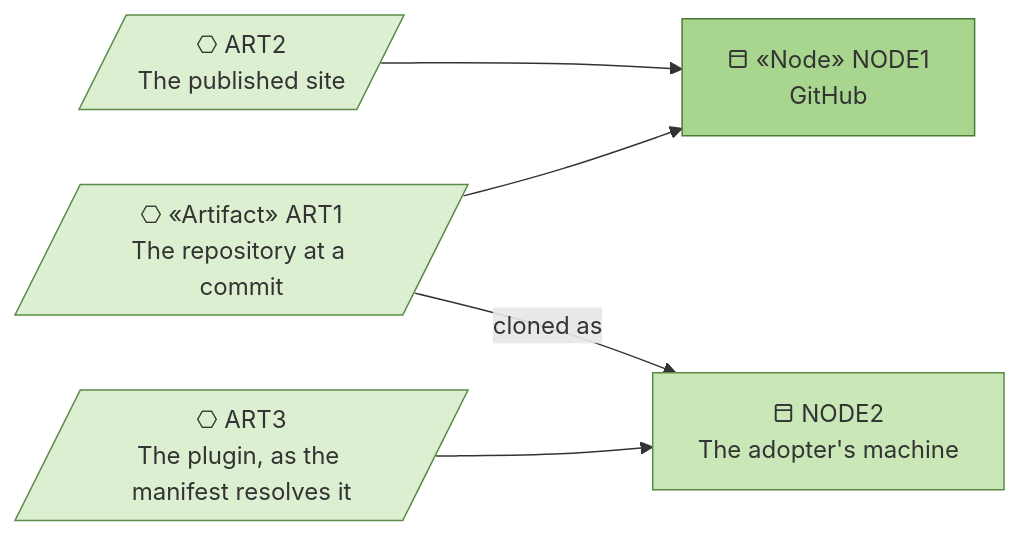
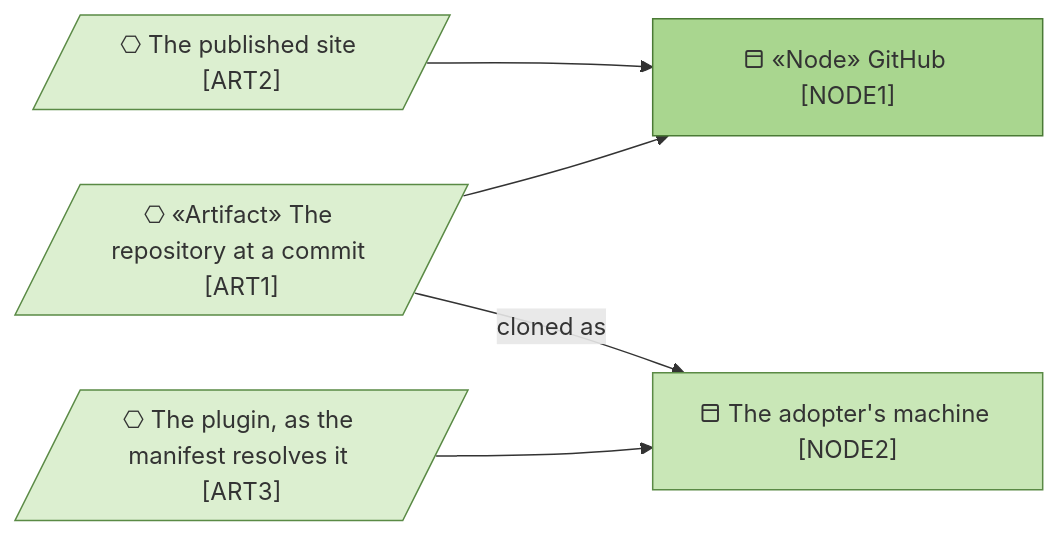
Before and after one commit to roanboc/architecture-archreator: the second of 2 diagrams in org-archreator/architecture/5_technology/2_deployment.md, drawn with Mermaid. The commit also changed other lines of this file and 38 other files, not shown here.

````diff
--- a/org-archreator/architecture/5_technology/2_deployment.md
+++ b/org-archreator/architecture/5_technology/2_deployment.md
@@ -36,18 +36,18 @@
 ```mermaid
 flowchart LR
-  art1[/"⎔ «Artifact» ART1<br>The repository at a commit"/]:::artifact
-  art2[/"⎔ ART2<br>The published site"/]:::artifact
-  art3[/"⎔ ART3<br>The plugin, as the manifest resolves it"/]:::artifact
+  art1[/"⎔ «Artifact» The repository at a commit [ART1]"/]:::artifact
+  art2[/"⎔ The published site [ART2]"/]:::artifact
+  art3[/"⎔ The plugin, as the manifest resolves it [ART3]"/]:::artifact
 
-  node1["⬒ «Node» NODE1<br>GitHub"]:::node
-  node2["⬒ NODE2<br>The adopter's machine"]:::adopter
+  node1["⬒ «Node» GitHub [NODE1]"]:::node
+  node2["⬒ The adopter's machine [NODE2]"]:::adopter
 
   art1 --> node1
   art2 --> node1
   art3 --> node2
   art1 -->|cloned as| node2
 
   classDef artifact fill:#dcefd0,stroke:#5a8a45,color:#333
   classDef node fill:#a9d68f,stroke:#4a7a35,color:#333
   classDef adopter fill:#c9e7b7,stroke:#5a8a45,color:#333
 ```
````
